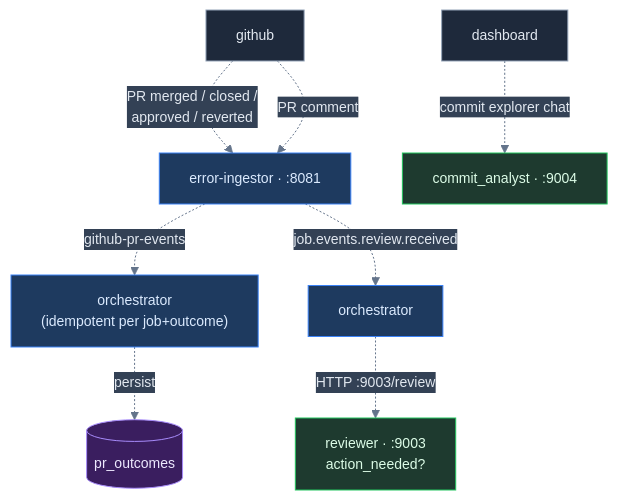
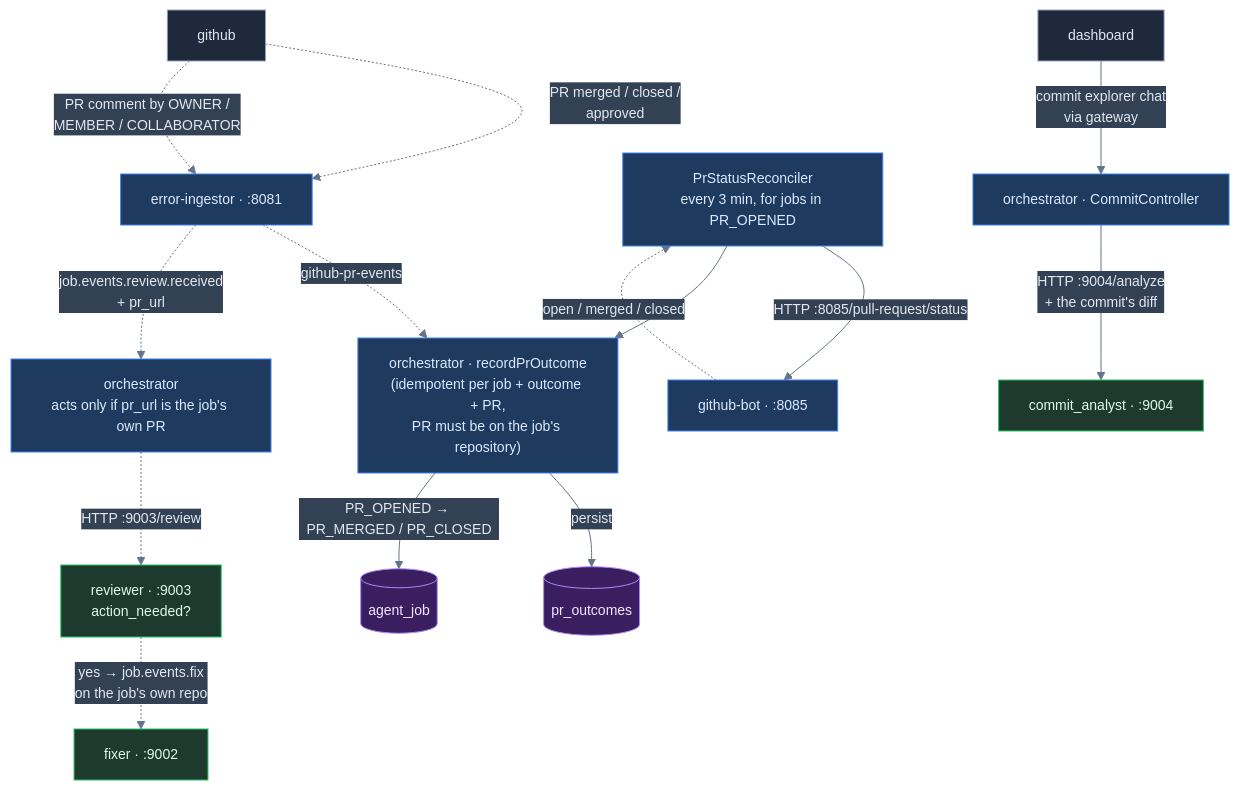
The third of 8 diagrams in readme.md (bettercallok/git-oracle), drawn with Mermaid before and after one commit. The commit also changed other lines of this file, not shown here.

````diff
--- a/readme.md
+++ b/readme.md
@@ -141,26 +150,32 @@
 ```mermaid
 %%{init: {'theme':'base', 'themeVariables': {'primaryColor':'#1e293b','primaryTextColor':'#e2e8f0','primaryBorderColor':'#475569','lineColor':'#64748b','secondaryColor':'#334155','tertiaryColor':'#0f172a','fontSize':'14px'}}}%%
 flowchart TB
     gh["github"]
     ei["error-ingestor · :8081"]
     dash["dashboard"]
 
-    gh -.->|"PR merged / closed /<br/>approved / reverted"| ei
-    ei -.->|"github-pr-events"| orch5["orchestrator<br/>(idempotent per job+outcome)"]
-    orch5 -.->|persist| prout[("pr_outcomes")]
+    gh -.->|"PR merged / closed /<br/>approved"| ei
+    ei -.->|"github-pr-events"| rec["orchestrator · recordPrOutcome<br/>(idempotent per job + outcome + PR,<br/>PR must be on the job's repository)"]
+    recon["PrStatusReconciler<br/>every 3 min, for jobs in PR_OPENED"] -->|"HTTP :8085/pull-request/status"| gb["github-bot · :8085"]
+    gb -.->|"open / merged / closed"| recon
+    recon --> rec
+    rec -->|persist| prout[("pr_outcomes")]
+    rec -->|"PR_OPENED → PR_MERGED / PR_CLOSED"| job[("agent_job")]
 
-    gh -.->|"PR comment"| ei
-    ei -.->|"job.events.review.received"| orch6["orchestrator"]
+    gh -.->|"PR comment by OWNER /<br/>MEMBER / COLLABORATOR"| ei
+    ei -.->|"job.events.review.received<br/>+ pr_url"| orch6["orchestrator<br/>acts only if pr_url is the job's own PR"]
     orch6 -.->|"HTTP :9003/review"| rev["reviewer · :9003<br/>action_needed?"]
+    rev -.->|"yes → job.events.fix<br/>on the job's own repo"| fix["fixer · :9002"]
 
-    dash -.->|"commit explorer chat"| ca["commit_analyst · :9004"]
+    dash -->|"commit explorer chat<br/>via gateway"| orch7["orchestrator · CommitController"]
+    orch7 -->|"HTTP :9004/analyze<br/>+ the commit's diff"| ca["commit_analyst · :9004"]
 
     classDef javaSvc fill:#1e3a5f,stroke:#3b82f6,color:#dbeafe
     classDef pySvc fill:#1e3a2f,stroke:#22c55e,color:#dcfce7
     classDef storage fill:#3a1e5f,stroke:#a78bfa,color:#ede9fe
     classDef client fill:#1e293b,stroke:#94a3b8,color:#e2e8f0
-    class ei,orch5,orch6 javaSvc
-    class rev,ca pySvc
-    class prout storage
+    class ei,rec,recon,orch6,orch7,gb javaSvc
+    class rev,ca,fix pySvc
+    class prout,job storage
     class dash,gh client
 ```
````
